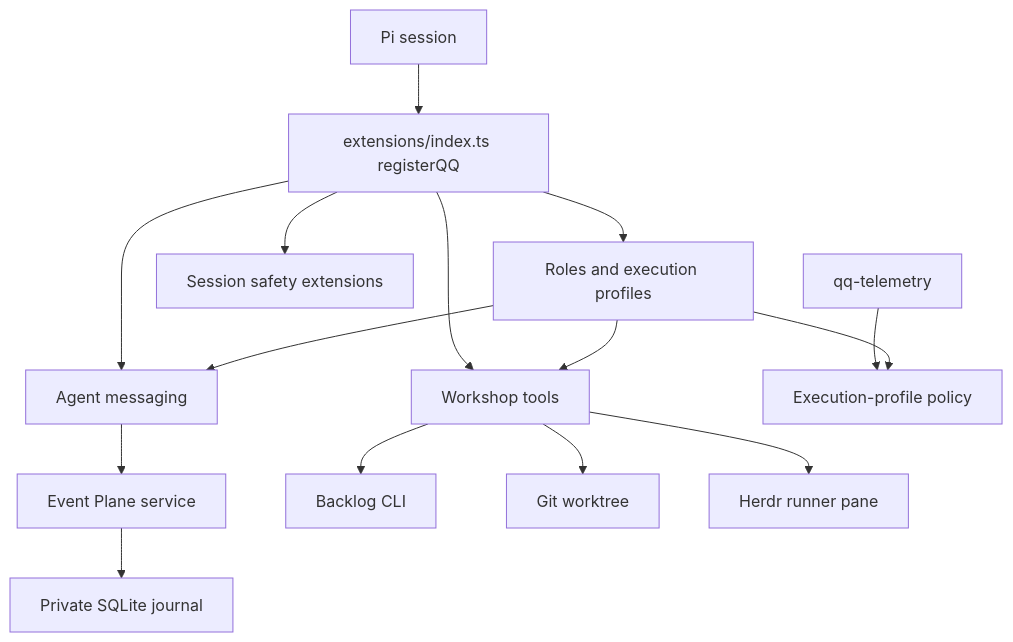
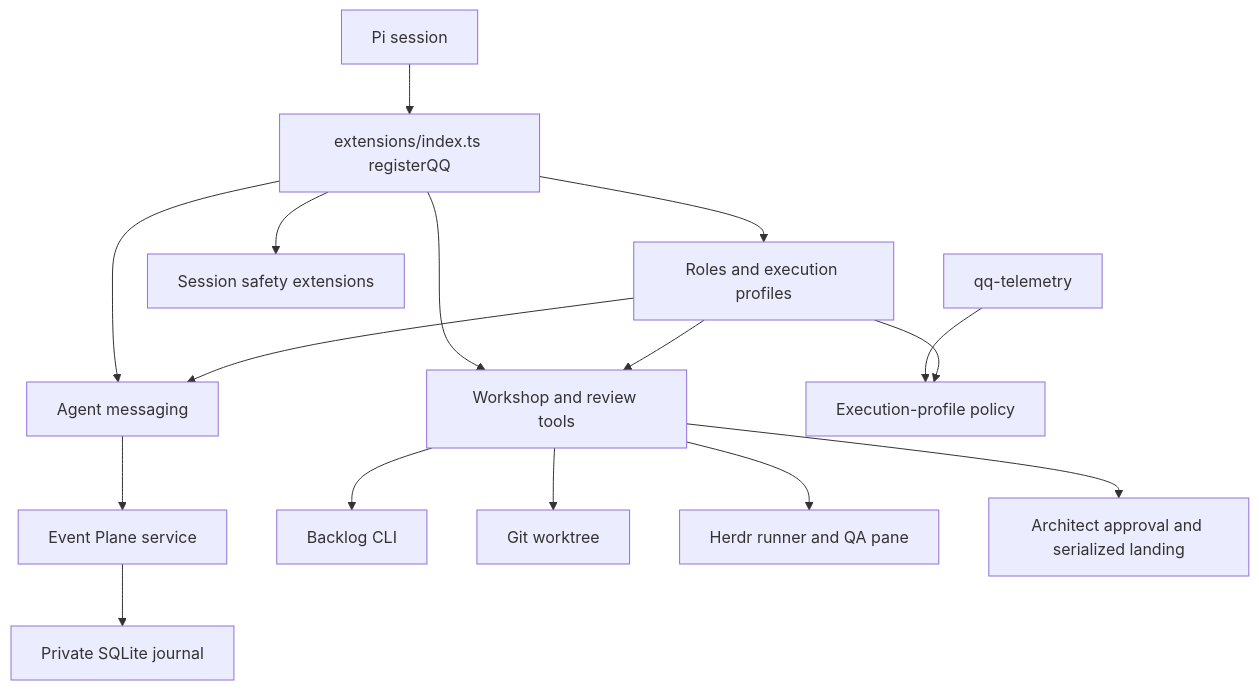
The diagram in openwiki/architecture/overview.md (hypermemetic-ai/qq), drawn with Mermaid before and after one commit. The commit also changed other lines of this file and 10 other files, not shown here.

Commit message:
Refresh OpenWiki through workshop review

````diff
--- a/openwiki/architecture/overview.md
+++ b/openwiki/architecture/overview.md
@@ -19,17 +19,18 @@
 ```mermaid
 flowchart TD
     Pi["Pi session"] --> Root["extensions/index.ts registerQQ"]
     Root --> Profiles["Roles and execution profiles"]
     Root --> Messaging["Agent messaging"]
     Root --> Safety["Session safety extensions"]
-    Root --> Workshop["Workshop tools"]
+    Root --> Workshop["Workshop and review tools"]
     Profiles --> Messaging
     Profiles --> Workshop
     Messaging --> Plane["Event Plane service"]
     Plane --> Db["Private SQLite journal"]
     Workshop --> Backlog["Backlog CLI"]
     Workshop --> Worktree["Git worktree"]
-    Workshop --> Herdr["Herdr runner pane"]
+    Workshop --> Herdr["Herdr runner and QA pane"]
+    Workshop --> Review["Architect approval and serialized landing"]
     Telemetry["qq-telemetry"] --> Policy["Execution-profile policy"]
     Profiles --> Policy
 ```
````
